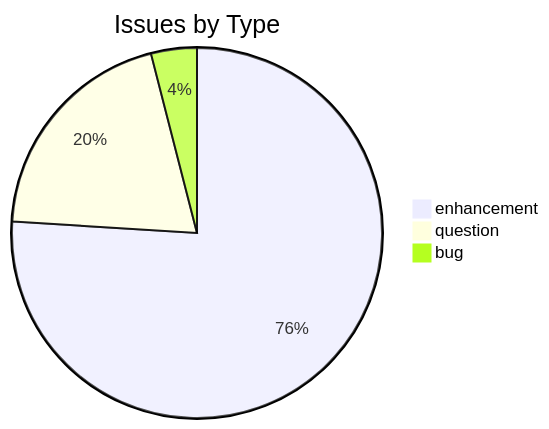
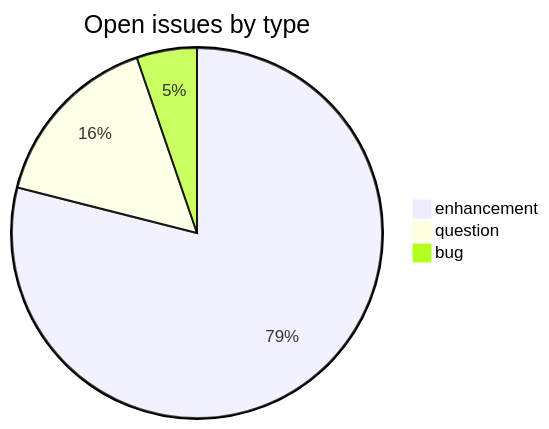
Before and after one commit to sanskrit-lexicon/alternateheadwords: the first of 2 diagrams in README.md, drawn with Mermaid. The commit also changed other lines of this file, not shown here.

````diff
--- a/README.md
+++ b/README.md
@@ -17,6 +29,6 @@
 ```mermaid
-pie title Issues by Type
-    "enhancement" : 19
-    "question" : 5
+pie title Open issues by type
+    "enhancement" : 15
+    "question" : 3
     "bug" : 1
 ```
````
